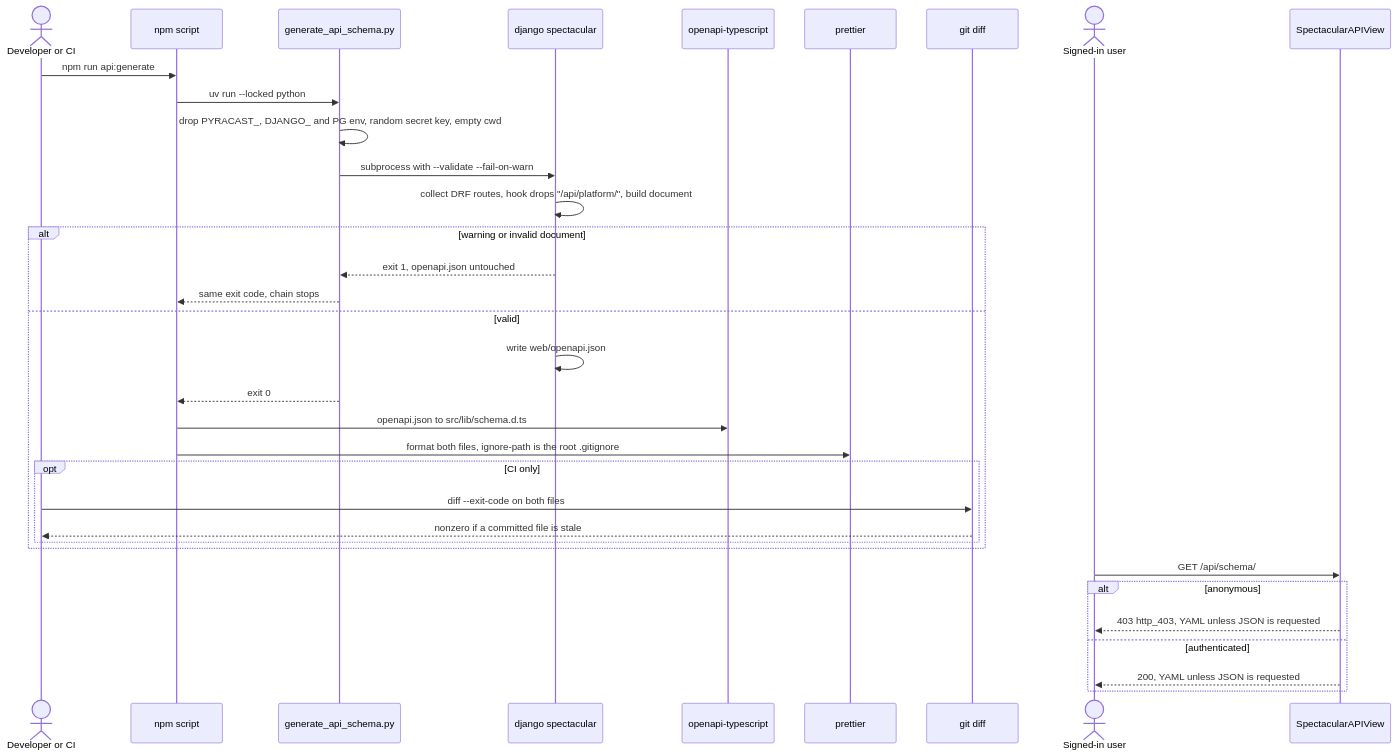
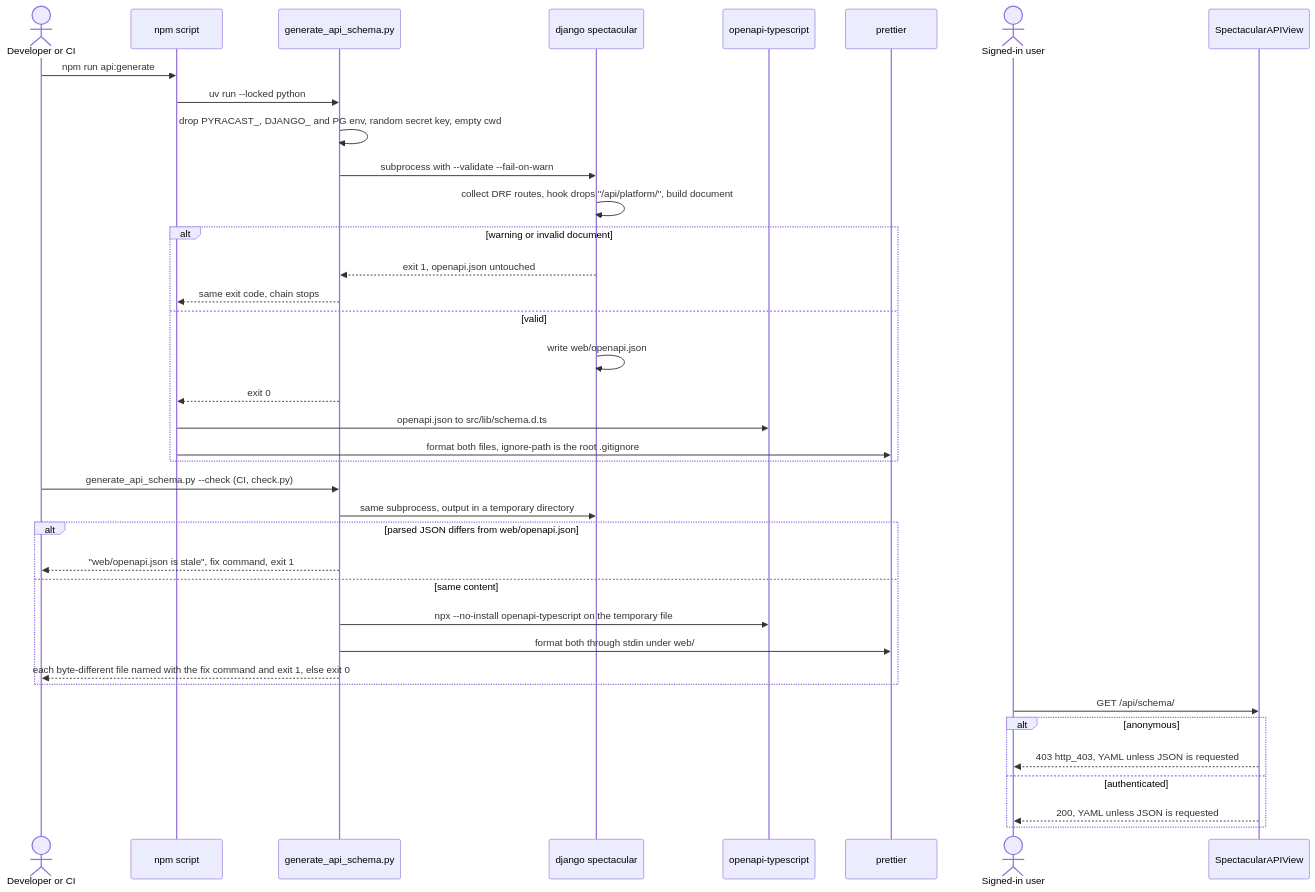
One commit to erkurtharun/pyracast changed the diagram in docs/flows/api-schema-and-client-types.md. Above: the diagram before and after it, drawn with Mermaid. The commit also changed other lines of this file and 14 other files, not shown here.

First line of the commit message:
Run static, schema and web checks as named gate stages with isolated test settings (#18)

````diff
--- a/docs/flows/api-schema-and-client-types.md
+++ b/docs/flows/api-schema-and-client-types.md
@@ -16,36 +16,40 @@
 ```mermaid
 sequenceDiagram
     actor Dev as Developer or CI
     participant Npm as npm script
     participant Gen as generate_api_schema.py
     participant Dj as django spectacular
     participant Ts as openapi-typescript
     participant Pr as prettier
-    participant Git as git diff
     actor Usr as Signed-in user
     participant Vw as SpectacularAPIView
     Dev->>Npm: npm run api:generate
     Npm->>Gen: uv run --locked python
     Gen->>Gen: drop PYRACAST_, DJANGO_ and PG env, random secret key, empty cwd
     Gen->>Dj: subprocess with --validate --fail-on-warn
     Dj->>Dj: collect DRF routes, hook drops "/api/platform/", build document
     alt warning or invalid document
         Dj-->>Gen: exit 1, openapi.json untouched
         Gen-->>Npm: same exit code, chain stops
     else valid
         Dj->>Dj: write web/openapi.json
         Gen-->>Npm: exit 0
         Npm->>Ts: openapi.json to src/lib/schema.d.ts
         Npm->>Pr: format both files, ignore-path is the root .gitignore
-        opt CI only
-            Dev->>Git: diff --exit-code on both files
-            Git-->>Dev: nonzero if a committed file is stale
-        end
+    end
+    Dev->>Gen: generate_api_schema.py --check (CI, check.py)
+    Gen->>Dj: same subprocess, output in a temporary directory
+    alt parsed JSON differs from web/openapi.json
+        Gen-->>Dev: "web/openapi.json is stale", fix command, exit 1
+    else same content
+        Gen->>Ts: npx --no-install openapi-typescript on the temporary file
+        Gen->>Pr: format both through stdin under web/
+        Gen-->>Dev: each byte-different file named with the fix command and exit 1, else exit 0
     end
     Usr->>Vw: GET /api/schema/
     alt anonymous
         Vw-->>Usr: 403 http_403, YAML unless JSON is requested
     else authenticated
         Vw-->>Usr: 200, YAML unless JSON is requested
     end
 ```
````
